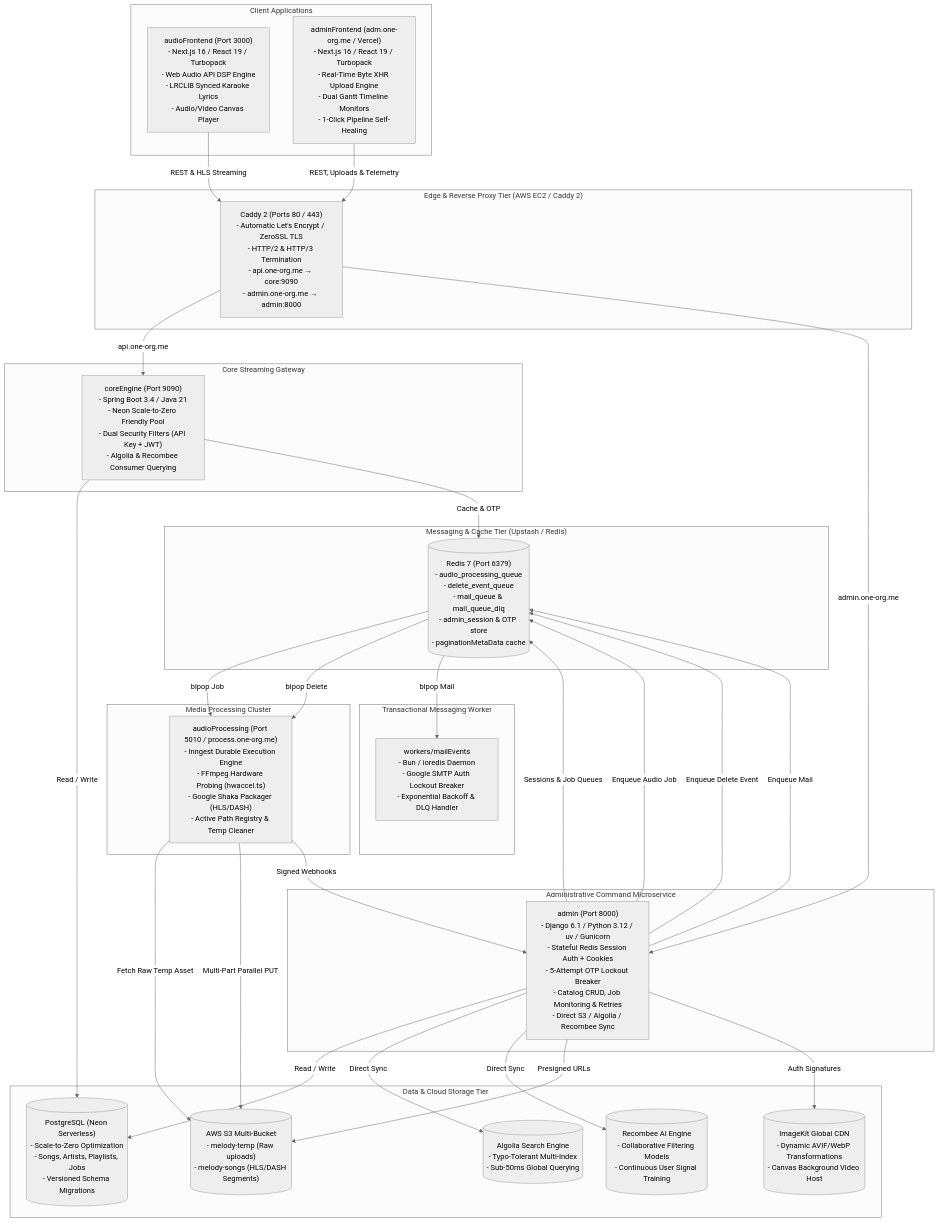
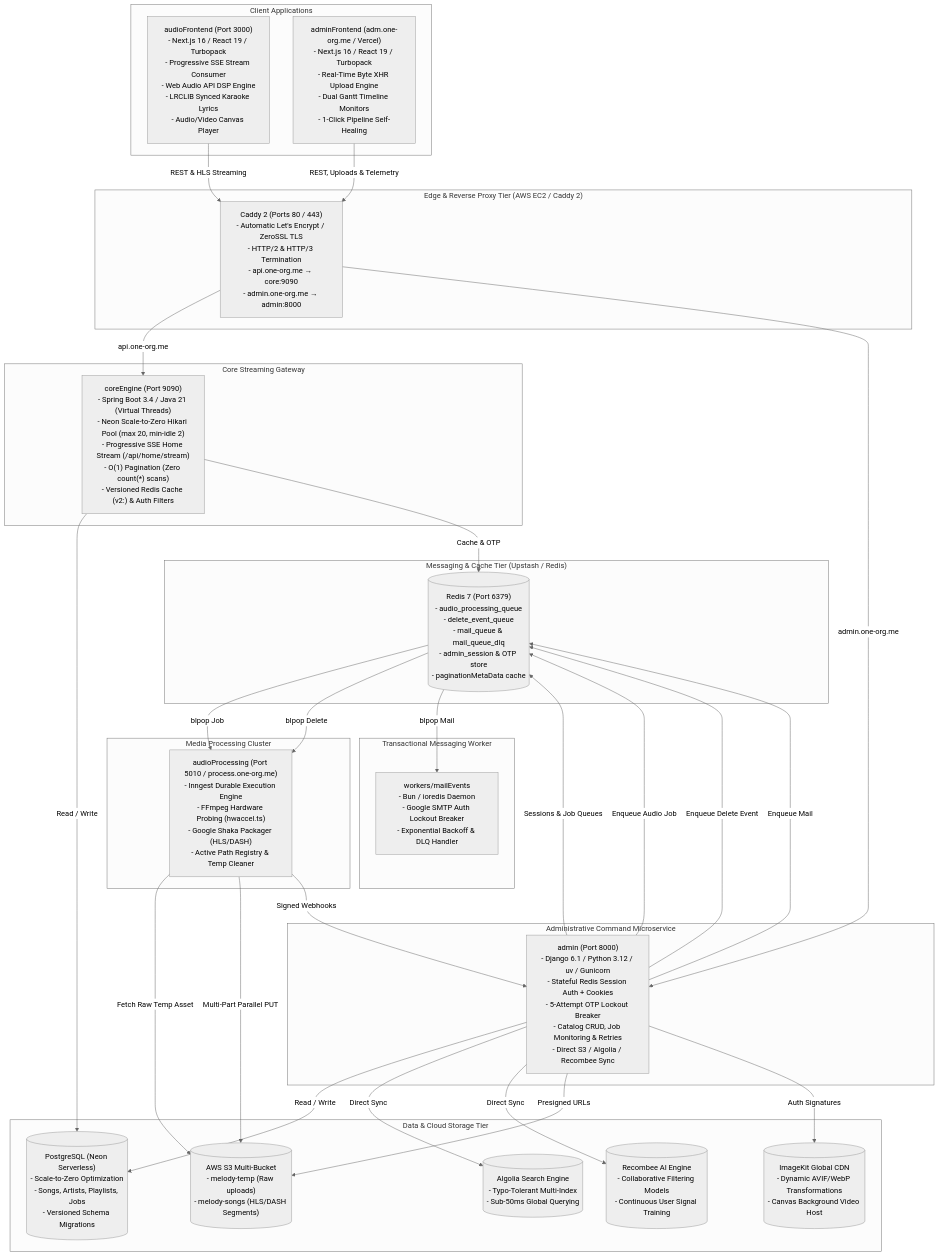
One commit to karankumar786786/AudioMelodySpringboot changed the seventh of 17 diagrams in README.md. Above: the diagram before and after it, drawn with Mermaid (neutral theme). The commit also changed other lines of this file, not shown here.

Commit message:
docs: comprehensively update README with SSE stream architecture, HikariCP tuning, zero-scan pagination, and v2 Redis caching

````diff
--- a/README.md
+++ b/README.md
@@ -613,65 +613,65 @@
 ```mermaid
 flowchart TB
     subgraph ET ["Edge & Reverse Proxy Tier (AWS EC2 / Caddy 2)"]
         CAD["Caddy 2 (Ports 80 / 443)<br/>- Automatic Let's Encrypt / ZeroSSL TLS<br/>- HTTP/2 & HTTP/3 Termination<br/>- api.one-org.me &rarr; core:9090<br/>- admin.one-org.me &rarr; admin:8000"]
     end
 
     subgraph CT ["Client Applications"]
-        AF["audioFrontend (Port 3000)<br/>- Next.js 16 / React 19 / Turbopack<br/>- Web Audio API DSP Engine<br/>- LRCLIB Synced Karaoke Lyrics<br/>- Audio/Video Canvas Player"]
+        AF["audioFrontend (Port 3000)<br/>- Next.js 16 / React 19 / Turbopack<br/>- Progressive SSE Stream Consumer<br/>- Web Audio API DSP Engine<br/>- LRCLIB Synced Karaoke Lyrics<br/>- Audio/Video Canvas Player"]
         ADF["adminFrontend (adm.one-org.me / Vercel)<br/>- Next.js 16 / React 19 / Turbopack<br/>- Real-Time Byte XHR Upload Engine<br/>- Dual Gantt Timeline Monitors<br/>- 1-Click Pipeline Self-Healing"]
     end
 
     subgraph COT ["Core Streaming Gateway"]
-        CE["coreEngine (Port 9090)<br/>- Spring Boot 3.4 / Java 21<br/>- Neon Scale-to-Zero Friendly Pool<br/>- Dual Security Filters (API Key + JWT)<br/>- Algolia & Recombee Consumer Querying"]
+        CE["coreEngine (Port 9090)<br/>- Spring Boot 3.4 / Java 21 (Virtual Threads)<br/>- Neon Scale-to-Zero Hikari Pool (max 20, min-idle 2)<br/>- Progressive SSE Home Stream (/api/home/stream)<br/>- O(1) Pagination (Zero count(*) scans)<br/>- Versioned Redis Cache (v2:) & Auth Filters"]
     end
 
     subgraph AOT ["Administrative Command Microservice"]
         ADM["admin (Port 8000)<br/>- Django 6.1 / Python 3.12 / uv / Gunicorn<br/>- Stateful Redis Session Auth + Cookies<br/>- 5-Attempt OTP Lockout Breaker<br/>- Catalog CRUD, Job Monitoring & Retries<br/>- Direct S3 / Algolia / Recombee Sync"]
     end
 
     subgraph MCT ["Messaging & Cache Tier (Upstash / Redis)"]
         RD[("Redis 7 (Port 6379)<br/>- audio_processing_queue<br/>- delete_event_queue<br/>- mail_queue & mail_queue_dlq<br/>- admin_session & OTP store<br/>- paginationMetaData cache")]
     end
 
     subgraph MPC ["Media Processing Cluster"]
         AP["audioProcessing (Port 5010 / process.one-org.me)<br/>- Inngest Durable Execution Engine<br/>- FFmpeg Hardware Probing (hwaccel.ts)<br/>- Google Shaka Packager (HLS/DASH)<br/>- Active Path Registry & Temp Cleaner"]
     end
 
     subgraph TMW ["Transactional Messaging Worker"]
         MW["workers/mailEvents<br/>- Bun / ioredis Daemon<br/>- Google SMTP Auth Lockout Breaker<br/>- Exponential Backoff & DLQ Handler"]
     end
 
     subgraph DST ["Data & Cloud Storage Tier"]
         PG[("PostgreSQL (Neon Serverless)<br/>- Scale-to-Zero Optimization<br/>- Songs, Artists, Playlists, Jobs<br/>- Versioned Schema Migrations")]
         S3[("AWS S3 Multi-Bucket<br/>- melody-temp (Raw uploads)<br/>- melody-songs (HLS/DASH Segments)")]
         IK[("ImageKit Global CDN<br/>- Dynamic AVIF/WebP Transformations<br/>- Canvas Background Video Host")]
         AL[("Algolia Search Engine<br/>- Typo-Tolerant Multi-Index<br/>- Sub-50ms Global Querying")]
         RC[("Recombee AI Engine<br/>- Collaborative Filtering Models<br/>- Continuous User Signal Training")]
     end
 
     AF -->|"REST & HLS Streaming"| CAD
     ADF -->|"REST, Uploads & Telemetry"| CAD
     CAD -->|"api.one-org.me"| CE
     CAD -->|"admin.one-org.me"| ADM
 
     CE -->|"Read / Write"| PG
     CE -->|"Cache & OTP"| RD
 
     ADM -->|"Read / Write"| PG
     ADM -->|"Sessions & Job Queues"| RD
     ADM -->|"Enqueue Audio Job"| RD
     ADM -->|"Enqueue Delete Event"| RD
     ADM -->|"Enqueue Mail"| RD
     ADM -->|"Direct Sync"| AL
     ADM -->|"Direct Sync"| RC
     ADM -->|"Presigned URLs"| S3
     ADM -->|"Auth Signatures"| IK
 
     RD -->|"blpop Job"| AP
     RD -->|"blpop Delete"| AP
     RD -->|"blpop Mail"| MW
 
     AP -->|"Fetch Raw Temp Asset"| S3
     AP -->|"Multi-Part Parallel PUT"| S3
     AP -->|"Signed Webhooks"| ADM
 ```
````
